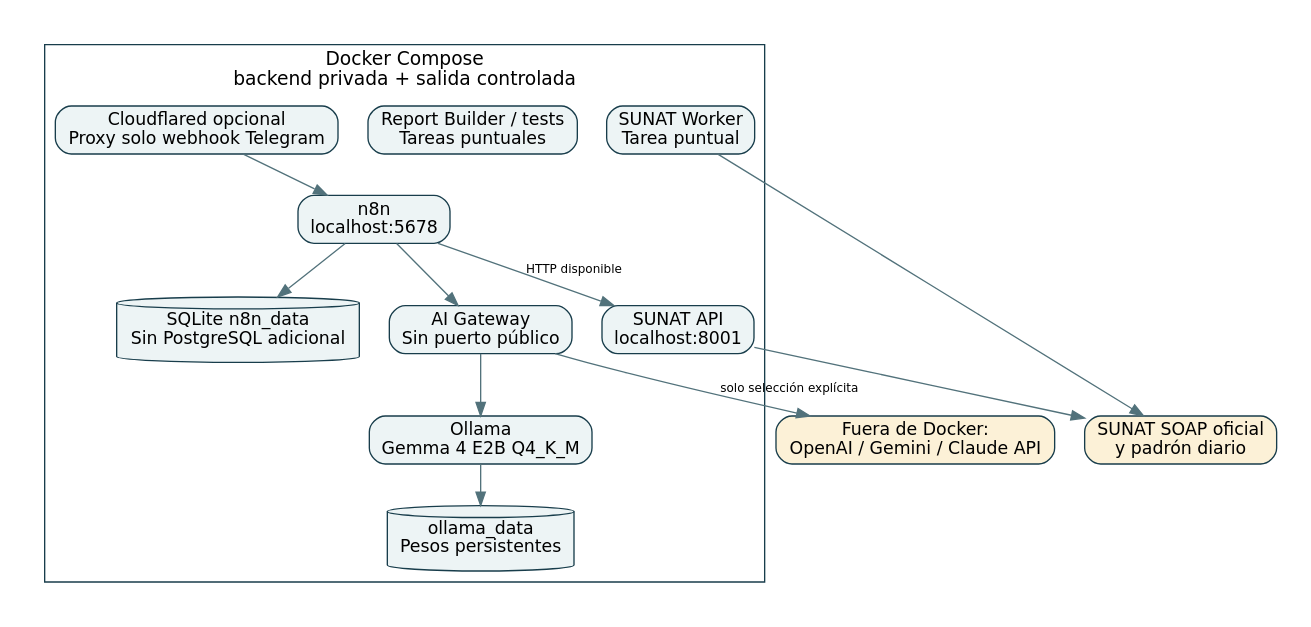
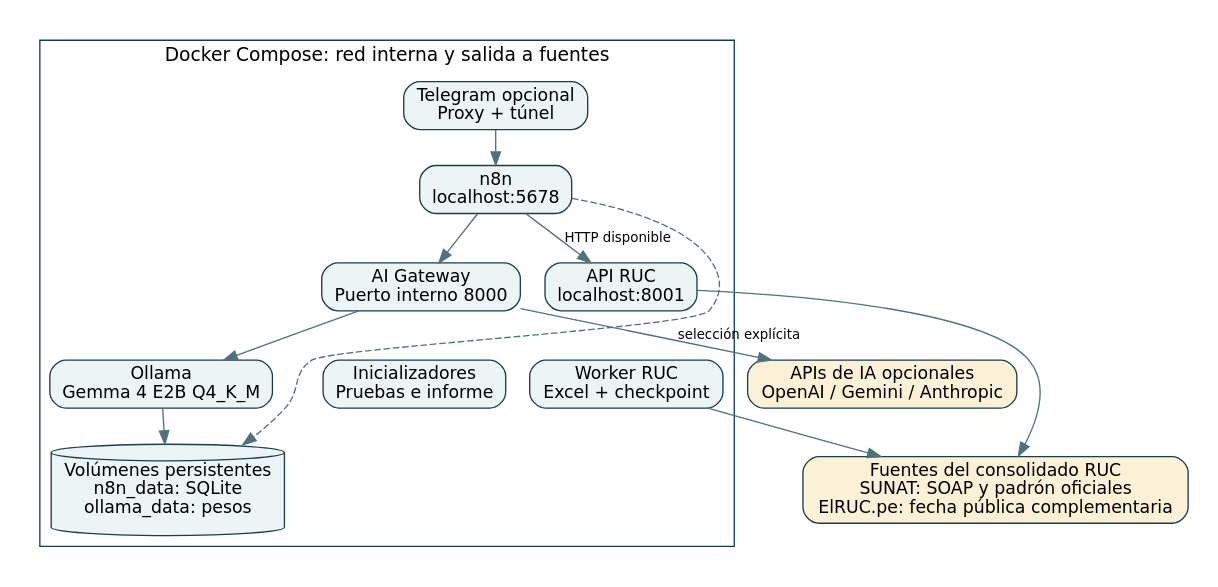
One commit to Grabiel-z/integrador-3 changed the diagram in diagramas/docker.dot. Above: the diagram before and after it, drawn with Graphviz. The commit also changed 105 other files, not shown here.

```diff
--- a/diagramas/docker.dot
+++ b/diagramas/docker.dot
@@ -1,24 +1,27 @@
 digraph DOCKER {
-  graph [rankdir=TB,bgcolor="white",pad="0.25",nodesep="0.3",ranksep="0.4"];
+  graph [rankdir=TB,bgcolor="white",pad="0.2",nodesep="0.25",ranksep="0.35"];
   node [shape=box,style="rounded,filled",fillcolor="#EDF4F5",color="#183D4B",fontname="DejaVu Sans",fontsize=13];
-  edge [color="#52727B",fontname="DejaVu Sans",fontsize=9];
+  edge [color="#52727B",fontname="DejaVu Sans",fontsize=10];
   subgraph cluster_compose {
-    label="Docker Compose\nbackend privada + salida controlada";color="#183D4B";fontname="DejaVu Sans";
+    label="Docker Compose: red interna y salida a fuentes";color="#183D4B";fontname="DejaVu Sans";
     n8n [label="n8n\nlocalhost:5678"];
-    db [shape=cylinder,label="SQLite n8n_data\nSin PostgreSQL adicional"];
-    ai [label="AI Gateway\nSin puerto público"];
+    gateway [label="AI Gateway\nPuerto interno 8000"];
     ollama [label="Ollama\nGemma 4 E2B Q4_K_M"];
-    pesos [shape=cylinder,label="ollama_data\nPesos persistentes"];
-    sunat [label="SUNAT Worker\nTarea puntual"];
-    sunatapi [label="SUNAT API\nlocalhost:8001"];
-    report [label="Report Builder / tests\nTareas puntuales"];
-    tunnel [label="Cloudflared opcional\nProxy solo webhook Telegram"];
-    n8n -> ai -> ollama -> pesos; n8n -> db; tunnel -> n8n;
+    api [label="API RUC\nlocalhost:8001"];
+    worker [label="Worker RUC\nExcel + checkpoint"];
+    tareas [label="Inicializadores\nPruebas e informe"];
+    persistencia [shape=cylinder,label="Volúmenes persistentes\nn8n_data: SQLite\nollama_data: pesos"];
+    proxy [label="Telegram opcional\nProxy + túnel"];
+    {rank=same;gateway;api;}
+    {rank=same;ollama;worker;tareas;}
+    proxy -> n8n;
+    n8n -> gateway -> ollama -> persistencia;
+    n8n -> api [label="HTTP disponible"];
+    n8n -> persistencia [style=dashed,constraint=false];
   }
-  proveedores [label="Fuera de Docker:\nOpenAI / Gemini / Claude API",fillcolor="#FCF1D7"];
-  portal [label="SUNAT SOAP oficial\ny padrón diario",fillcolor="#FCF1D7"];
-  ai -> proveedores [label="solo selección explícita"];
-  sunat -> portal;
-  sunatapi -> portal;
-  n8n -> sunatapi [label="HTTP disponible"];
+  proveedores [label="APIs de IA opcionales\nOpenAI / Gemini / Anthropic",fillcolor="#FCF1D7"];
+  fuentes [label="Fuentes del consolidado RUC\nSUNAT: SOAP y padrón oficiales\nElRUC.pe: fecha pública complementaria",fillcolor="#FCF1D7"];
+  gateway -> proveedores [label="selección explícita"];
+  api -> fuentes;
+  worker -> fuentes;
 }
```
